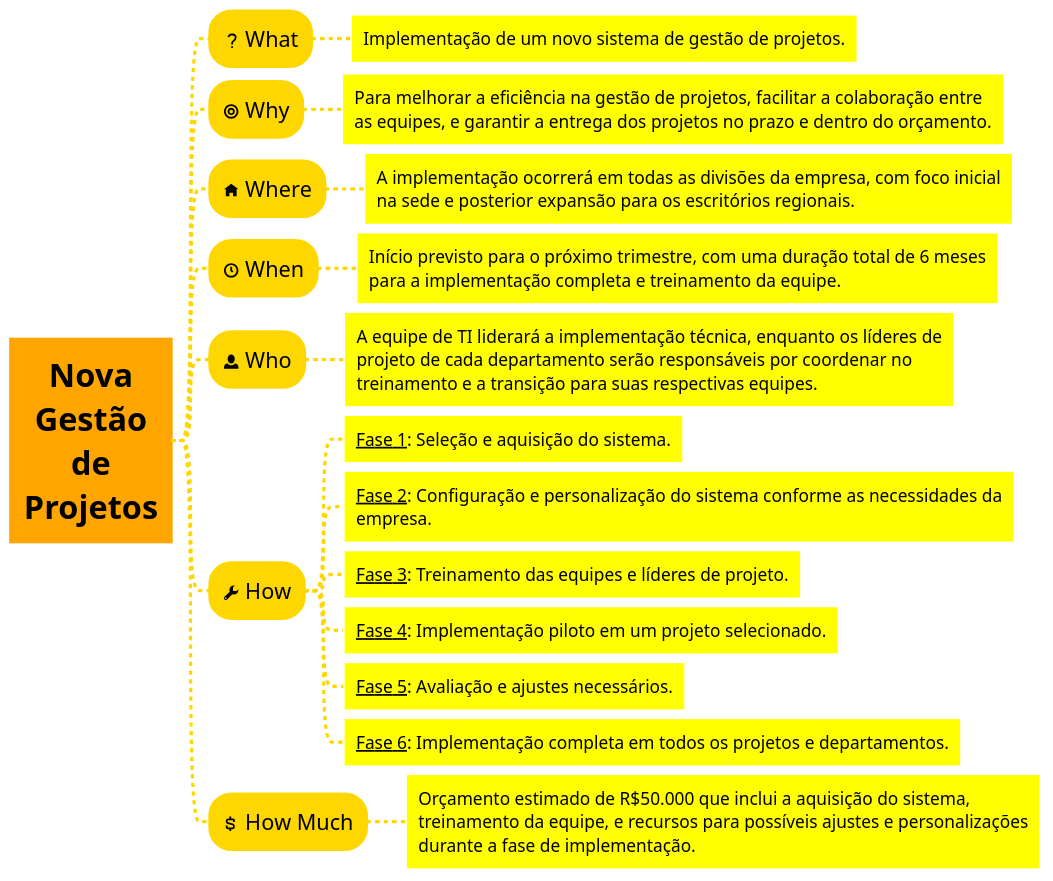
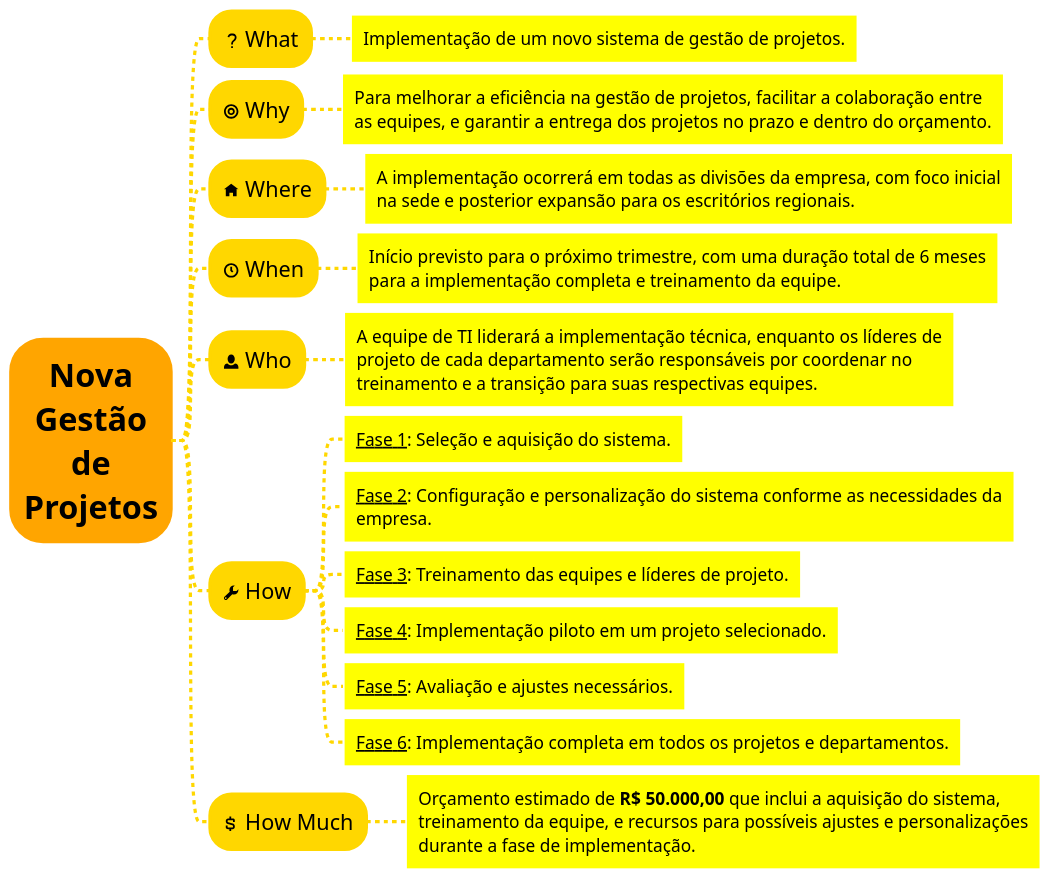
One commit to GiovaniPM/MyCourses changed the fifth of 7 diagrams in Kanban/Cards.md. Above: the diagram before and after it, drawn with PlantUML. The commit also changed 1 other file, not shown here.

Commit message:
giova(LAPTOP-K5TUGPF) 241108204539

````diff
--- a/Kanban/Cards.md
+++ b/Kanban/Cards.md
@@ -302,61 +302,62 @@
 ```plantuml
 @startmindmap
 <style>
 node {
     BackgroundColor gold
     HorizontalAlignment center
     LineColor gold
     LineThickness 3.0
     Margin 3
     MaximumWidth 600
     Padding 12
     RoundCorner 40
     fontsize 20
 }
 
 rootNode {
     BackgroundColor orange
     LineColor orange
-    RoundCorner 0
+    RoundCorner 60
     Shadowing 0.0
     fontsize 30
 }
 
 leafNode {
     BackgroundColor yellow
     LineColor white
     HorizontalAlignment left
     Padding 12
     RoundCorner 0
     fontsize 16
 }
 
 arrow {
     ;LineStyle 4
     ;LineThickness 0.5
     LineColor gold
     LineThickness 3.0
 }
 </style>
+
 * **Nova**\n**Gestão**\n**de**\n**Projetos**
 ** <&question-mark> What
 *** Implementação de um novo sistema de gestão de projetos.
 ** <&target> Why
 *** Para melhorar a eficiência na gestão de projetos, facilitar a colaboração entre as equipes, e garantir a entrega dos projetos no prazo e dentro do orçamento.
 ** <&home> Where
 *** A implementação ocorrerá em todas as divisões da empresa, com foco inicial na sede e posterior expansão para os escritórios regionais.
 ** <&clock> When
 *** Início previsto para o próximo trimestre, com uma duração total de 6 meses para a implementação completa e treinamento da equipe.
 ** <&person> Who
 *** A equipe de TI liderará a implementação técnica, enquanto os líderes de projeto de cada departamento serão responsáveis por coordenar no treinamento e a transição para suas respectivas equipes.
 ** <&wrench> How
 *** __Fase 1__: Seleção e aquisição do sistema.
 *** __Fase 2__: Configuração e personalização do sistema conforme as necessidades da empresa.
 *** __Fase 3__: Treinamento das equipes e líderes de projeto.
 *** __Fase 4__: Implementação piloto em um projeto selecionado.
 *** __Fase 5__: Avaliação e ajustes necessários.
 *** __Fase 6__: Implementação completa em todos os projetos e departamentos.
 ** <&dollar> How Much
-*** Orçamento estimado de R$50.000 que inclui a aquisição do sistema, treinamento da equipe, e recursos para possíveis ajustes e personalizações durante a fase de implementação.
+*** Orçamento estimado de **R$ 50.000,00** que inclui a aquisição do sistema, treinamento da equipe, e recursos para possíveis ajustes e personalizações durante a fase de implementação.
 @endmindmap
 ```
````
